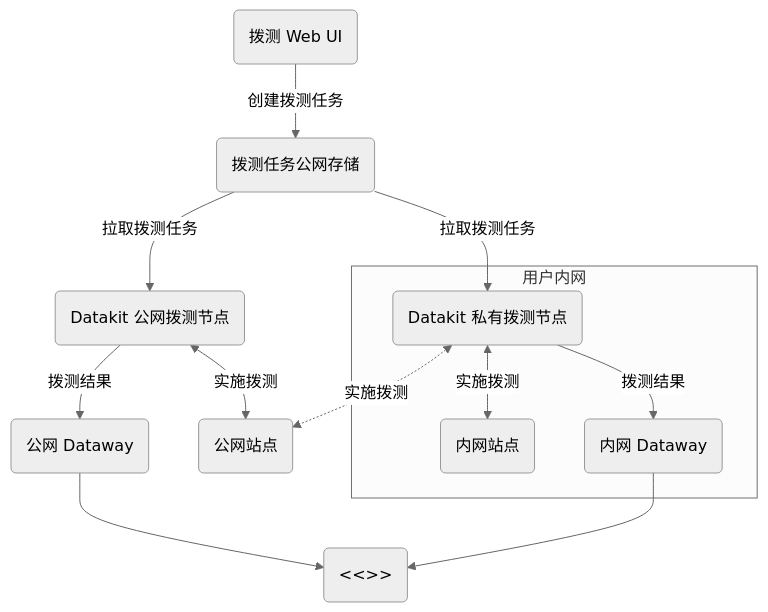
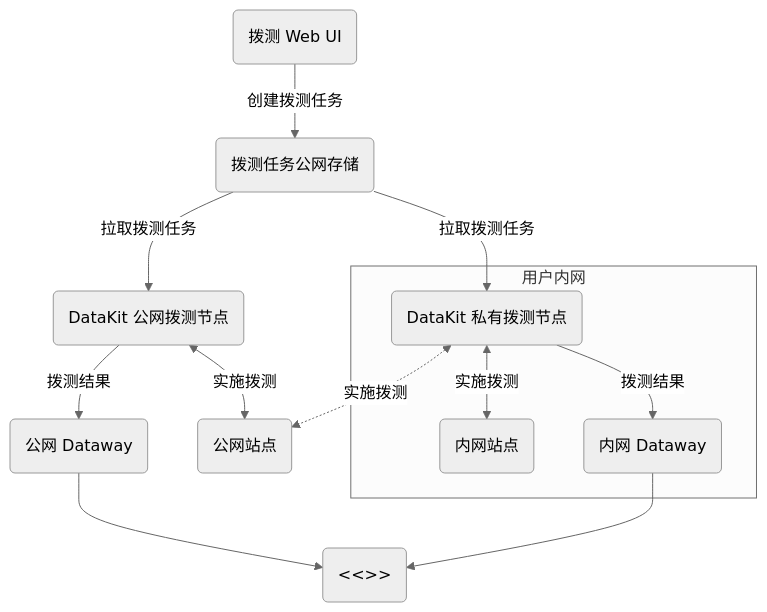
One commit to GuanceCloud/datakit changed the diagram in internal/export/doc/zh/inputs/dialtesting.md. Above: the diagram before and after it, drawn with Mermaid (neutral theme). The commit also changed other lines of this file and 325 other files, not shown here.

````diff
--- a/internal/export/doc/zh/inputs/dialtesting.md
+++ b/internal/export/doc/zh/inputs/dialtesting.md
@@ -62,27 +62,27 @@
 ```mermaid
 graph TD
   %% node definitions
   dt_web(拨测 Web UI);
   dt_db(拨测任务公网存储);
-  dt_pub(Datakit 公网拨测节点);
-  dt_pri(Datakit 私有拨测节点);
+  dt_pub(DataKit 公网拨测节点);
+  dt_pri(DataKit 私有拨测节点);
   site_inner(内网站点);
   site_pub(公网站点);
   dw_inner(内网 Dataway);
   dw_pub(公网 Dataway);
   server(<<<custom_key.brand_name>>>);
 
   %%%%%%%%%%%%%%%%%%%%%%%%%%%%%%%
 
   dt_web -->|创建拨测任务| dt_db;
   dt_db -->|拉取拨测任务| dt_pub -->|拨测结果| dw_pub --> server;
   dt_db -->|拉取拨测任务| dt_pri;
   dt_pub <-->|实施拨测| site_pub;
 
   dt_pri <-.->|实施拨测| site_pub;
   dw_inner --> server;
   subgraph "用户内网"
   dt_pri <-->|实施拨测| site_inner;
   dt_pri -->|拨测结果| dw_inner;
   end
 ```
````
